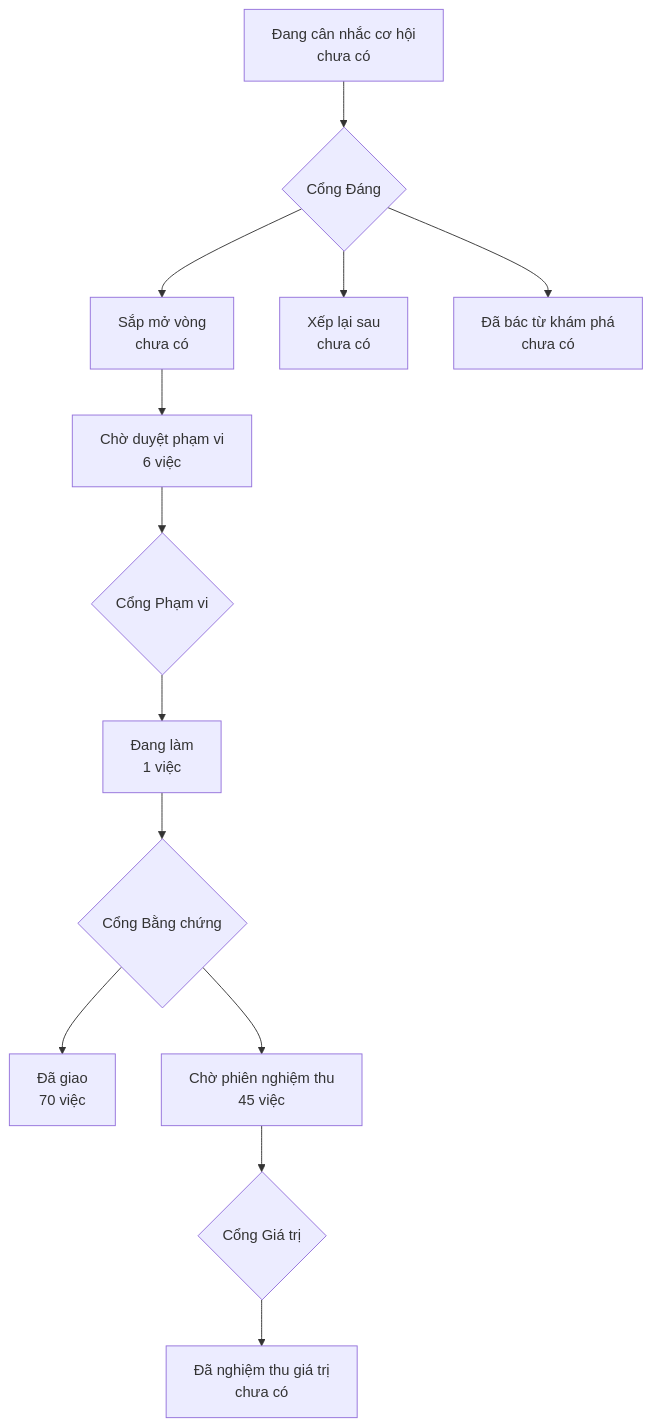
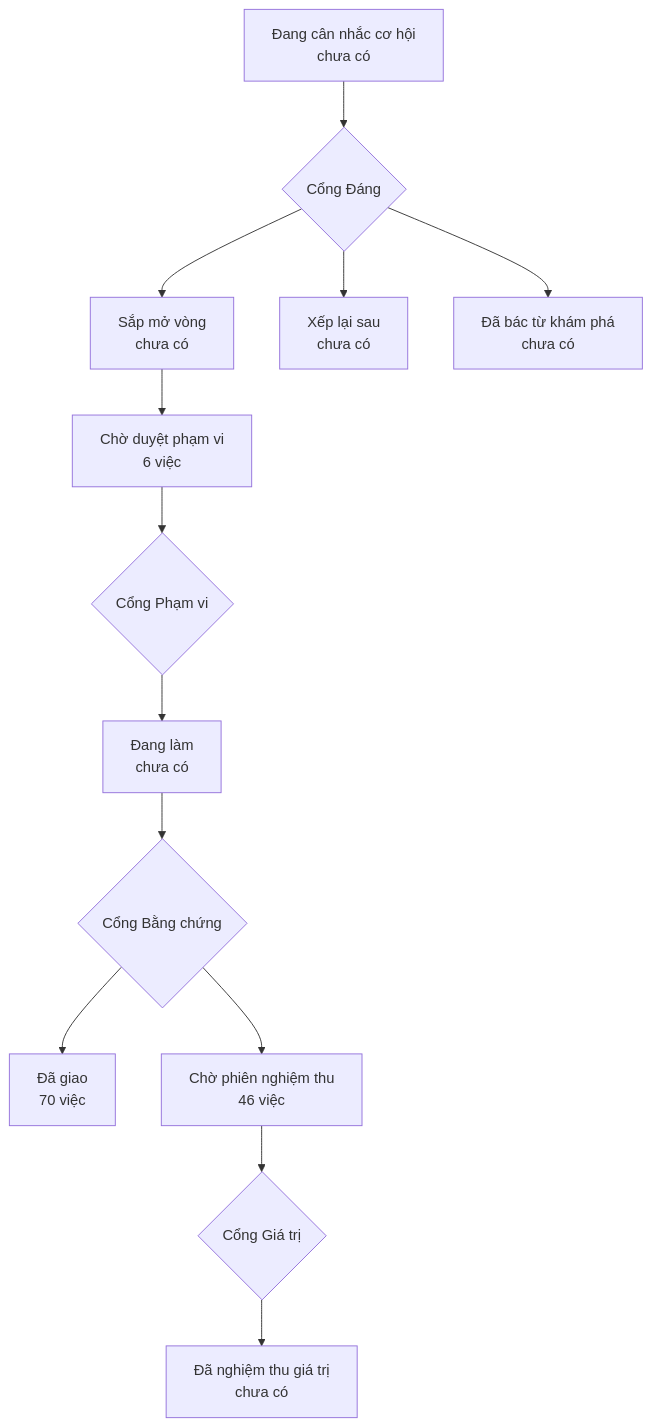
One commit to phanlemanh/onehub-invest changed the diagram in PRODUCT-MAP.md. Above: the diagram before and after it, drawn with Mermaid. The commit also changed other lines of this file and 4 other files, not shown here.

````diff
--- a/PRODUCT-MAP.md
+++ b/PRODUCT-MAP.md
@@ -7,12 +7,12 @@
 ```mermaid
 flowchart TD
   A["Đang cân nhắc cơ hội<br/>chưa có"] --> GD{"Cổng Đáng"}
   GD --> B["Sắp mở vòng<br/>chưa có"]
   GD --> XL["Xếp lại sau<br/>chưa có"]
   GD --> DB["Đã bác từ khám phá<br/>chưa có"]
   B --> CD["Chờ duyệt phạm vi<br/>6 việc"] --> GP{"Cổng Phạm vi"}
-  GP --> DL["Đang làm<br/>1 việc"] --> GB{"Cổng Bằng chứng"}
+  GP --> DL["Đang làm<br/>chưa có"] --> GB{"Cổng Bằng chứng"}
   GB --> DG["Đã giao<br/>70 việc"]
-  GB --> CN["Chờ phiên nghiệm thu<br/>45 việc"] --> GG{"Cổng Giá trị"}
+  GB --> CN["Chờ phiên nghiệm thu<br/>46 việc"] --> GG{"Cổng Giá trị"}
   GG --> NT["Đã nghiệm thu giá trị<br/>chưa có"]
 ```
````
